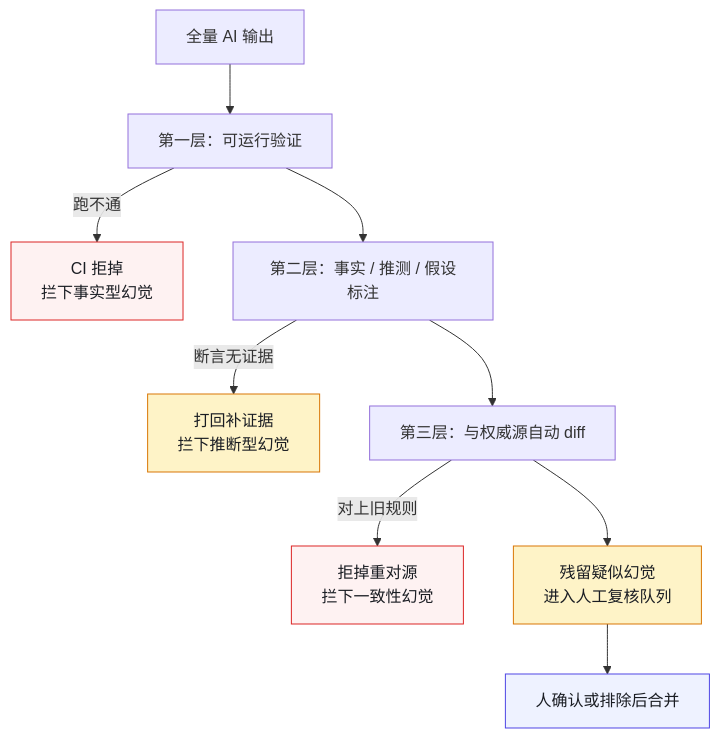
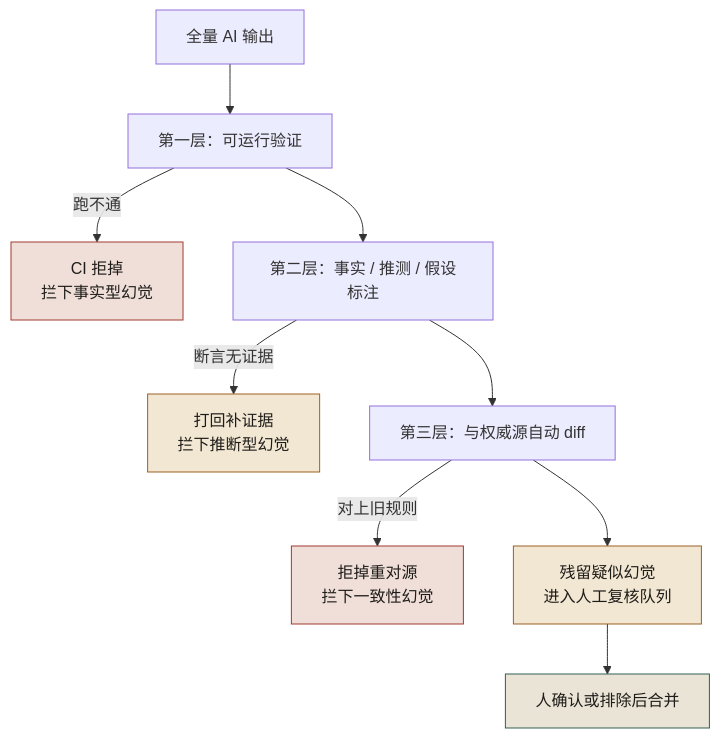
One commit to funny8kids/AI_Native_Software_Engineering changed the second of 3 diagrams in docs/manuscript/ch29-第24章-AI评审与幻觉处理.md. Above: the diagram before and after it, drawn with Mermaid. The commit also changed other lines of this file and 81 other files, not shown here.

````diff
--- a/docs/manuscript/ch29-第24章-AI评审与幻觉处理.md
+++ b/docs/manuscript/ch29-第24章-AI评审与幻觉处理.md
@@ -54,16 +56,16 @@
 ```mermaid
 flowchart TB
   A[全量 AI 输出] --> B["第一层：可运行验证"]
   B -->|跑不通| R1[CI 拒掉<br/>拦下事实型幻觉]
   B --> C["第二层：事实 / 推测 / 假设标注"]
   C -->|断言无证据| R2[打回补证据<br/>拦下推断型幻觉]
   C --> D["第三层：与权威源自动 diff"]
   D -->|对上旧规则| R3[拒掉重对源<br/>拦下一致性幻觉]
   D --> E[残留疑似幻觉<br/>进入人工复核队列]
   E --> F[人确认或排除后合并]
-  style R1 fill:#fef2f2,stroke:#dc2626,color:#1a1d23
-  style R2 fill:#fef3c7,stroke:#d97706,color:#1a1d23
-  style R3 fill:#fef2f2,stroke:#dc2626,color:#1a1d23
-  style E fill:#fef3c7,stroke:#d97706,color:#1a1d23
-  style F fill:#eef2ff,stroke:#4f46e5,color:#1a1d23
+  style R1 fill:#f0dfd9,stroke:#a03b31,color:#1e1c19
+  style R2 fill:#f2e7d3,stroke:#9d6127,color:#1e1c19
+  style R3 fill:#f0dfd9,stroke:#a03b31,color:#1e1c19
+  style E fill:#f2e7d3,stroke:#9d6127,color:#1e1c19
+  style F fill:#eae4d6,stroke:#2f6154,color:#1e1c19
 ```
````
